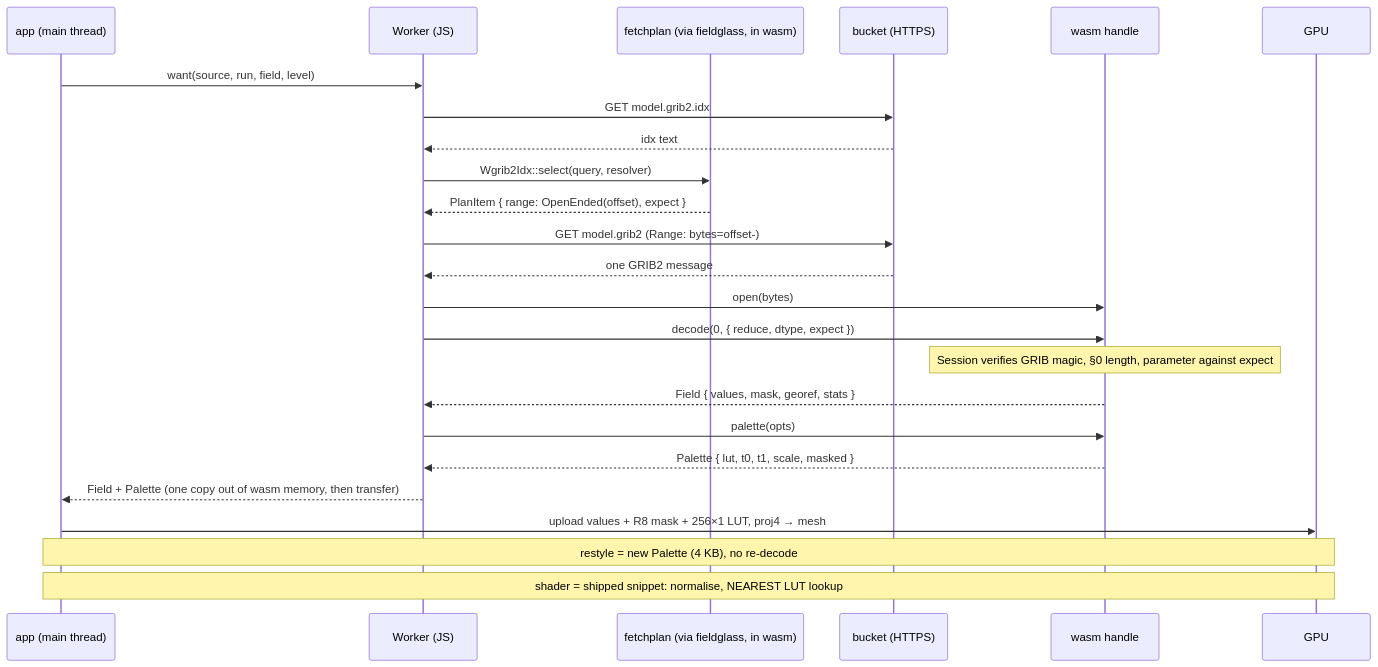
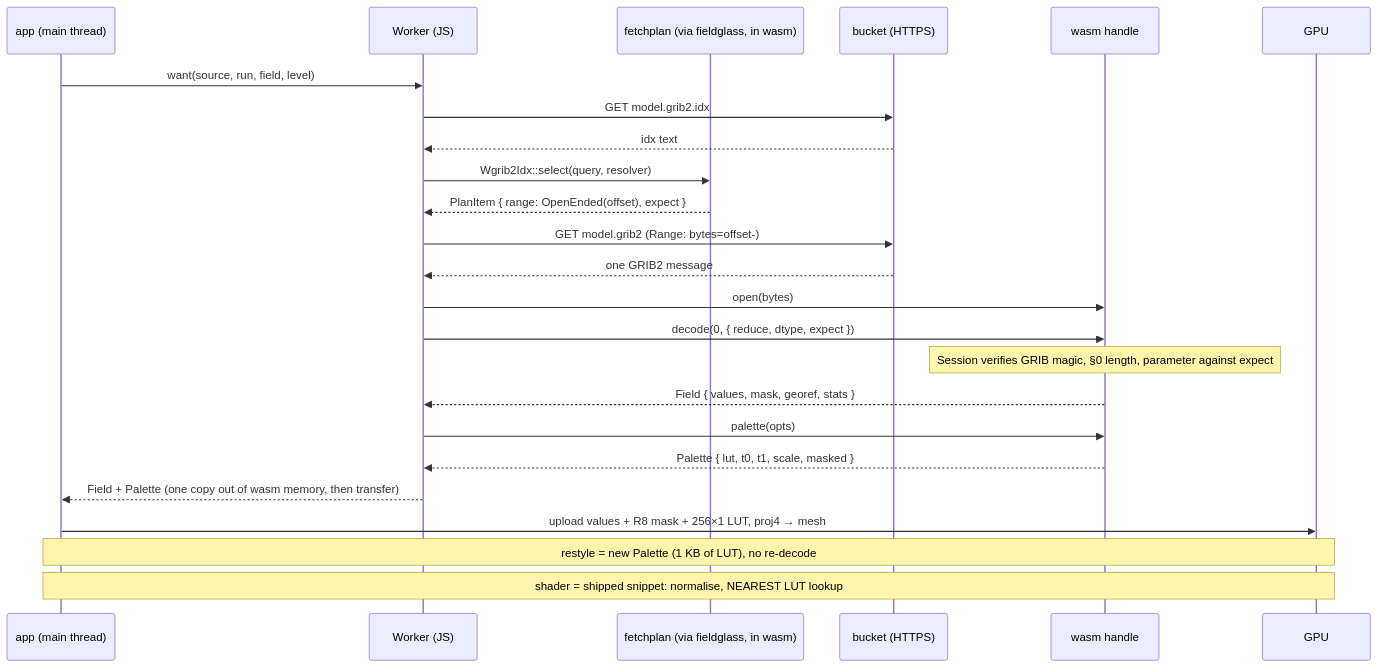
One commit to D0ubleD0uble/fieldglass changed the second of 2 diagrams in docs/architecture/planned/04-hosts.md. Above: the diagram before and after it, drawn with Mermaid. The commit also changed other lines of this file and 3 other files, not shown here.

````diff
--- a/docs/architecture/planned/04-hosts.md
+++ b/docs/architecture/planned/04-hosts.md
@@ -37,27 +37,27 @@
 ```mermaid
 sequenceDiagram
     participant A as app (main thread)
     participant W as Worker (JS)
     participant P as fetchplan (via fieldglass, in wasm)
     participant B as bucket (HTTPS)
     participant H as wasm handle
     participant G as GPU
 
     A->>W: want(source, run, field, level)
     W->>B: GET model.grib2.idx
     B-->>W: idx text
     W->>P: Wgrib2Idx::select(query, resolver)
     P-->>W: PlanItem { range: OpenEnded(offset), expect }
     W->>B: GET model.grib2 (Range: bytes=offset-)
     B-->>W: one GRIB2 message
     W->>H: open(bytes)
     W->>H: decode(0, { reduce, dtype, expect })
     Note over H: Session verifies GRIB magic, §0 length, parameter against expect
     H-->>W: Field { values, mask, georef, stats }
     W->>H: palette(opts)
     H-->>W: Palette { lut, t0, t1, scale, masked }
     W-->>A: Field + Palette (one copy out of wasm memory, then transfer)
     A->>G: upload values + R8 mask + 256×1 LUT, proj4 → mesh
-    Note over A,G: restyle = new Palette (4 KB), no re-decode
+    Note over A,G: restyle = new Palette (1 KB of LUT), no re-decode
     Note over A,G: shader = shipped snippet: normalise, NEAREST LUT lookup
 ```
````
